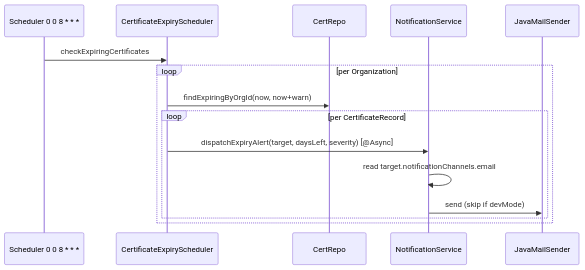
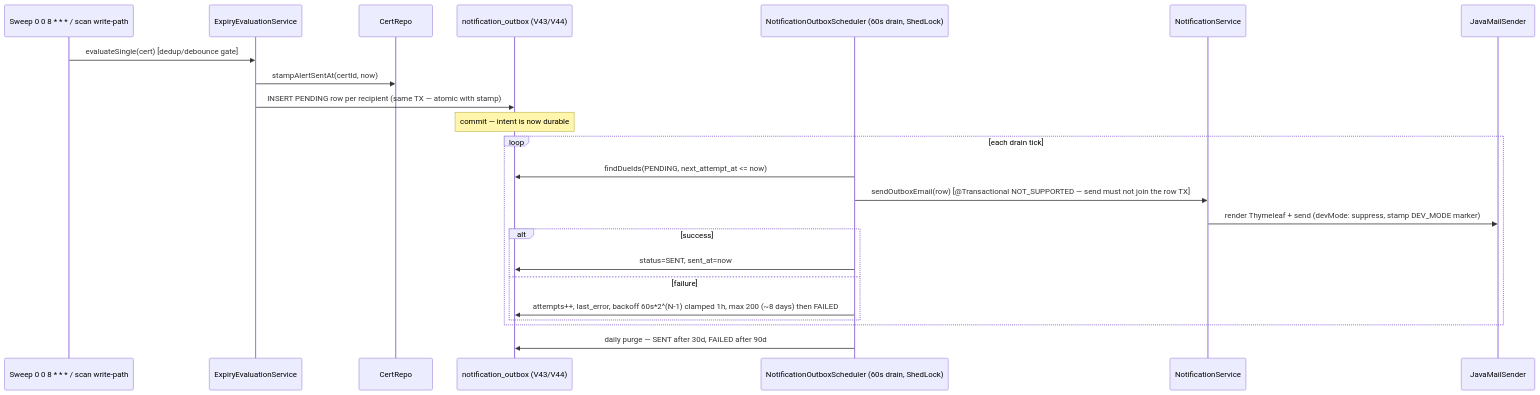
One commit to sumanmummaneni3/SSLCertificateManager changed the seventh of 8 diagrams in docs/architecture/HLD.md. Above: the diagram before and after it, drawn with Mermaid. The commit also changed other lines of this file and 3 other files, not shown here.

````diff
--- a/docs/architecture/HLD.md
+++ b/docs/architecture/HLD.md
@@ -249,17 +255,25 @@
 ```mermaid
 sequenceDiagram
-  participant CRON as Scheduler 0 0 8 * * *
-  participant CES as CertificateExpiryScheduler
+  participant SW as Sweep 0 0 8 * * * / scan write-path
+  participant EES as ExpiryEvaluationService
   participant CR as CertRepo
+  participant OB as notification_outbox (V43/V44)
+  participant OS as NotificationOutboxScheduler (60s drain, ShedLock)
   participant NS as NotificationService
   participant MAIL as JavaMailSender
-  CRON->>CES: checkExpiringCertificates
-  loop per Organization
-    CES->>CR: findExpiringByOrgId(now, now+warn)
-    loop per CertificateRecord
-      CES->>NS: dispatchExpiryAlert(target, daysLeft, severity) [@Async]
-      NS->>NS: read target.notificationChannels.email
-      NS->>MAIL: send (skip if devMode)
+  SW->>EES: evaluateSingle(cert) [dedup/debounce gate]
+  EES->>CR: stampAlertSentAt(certId, now)
+  EES->>OB: INSERT PENDING row per recipient (same TX — atomic with stamp)
+  Note over OB: commit — intent is now durable
+  loop each drain tick
+    OS->>OB: findDueIds(PENDING, next_attempt_at <= now)
+    OS->>NS: sendOutboxEmail(row) [@Transactional NOT_SUPPORTED — send must not join the row TX]
+    NS->>MAIL: render Thymeleaf + send (devMode: suppress, stamp DEV_MODE marker)
+    alt success
+      OS->>OB: status=SENT, sent_at=now
+    else failure
+      OS->>OB: attempts++, last_error, backoff 60s*2^(N-1) clamped 1h, max 200 (~8 days) then FAILED
     end
   end
+  OS->>OB: daily purge — SENT after 30d, FAILED after 90d
 ```
````
